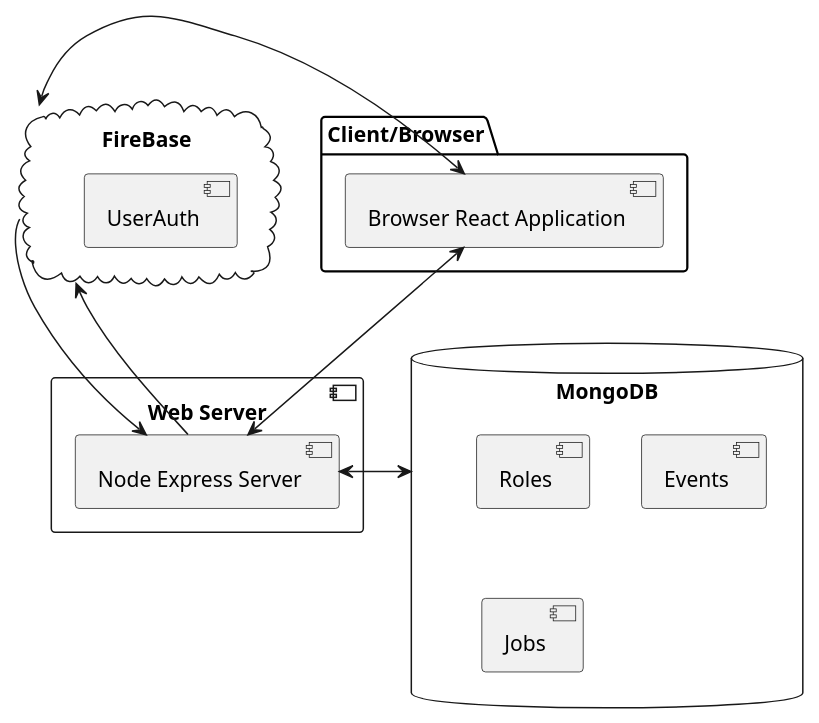
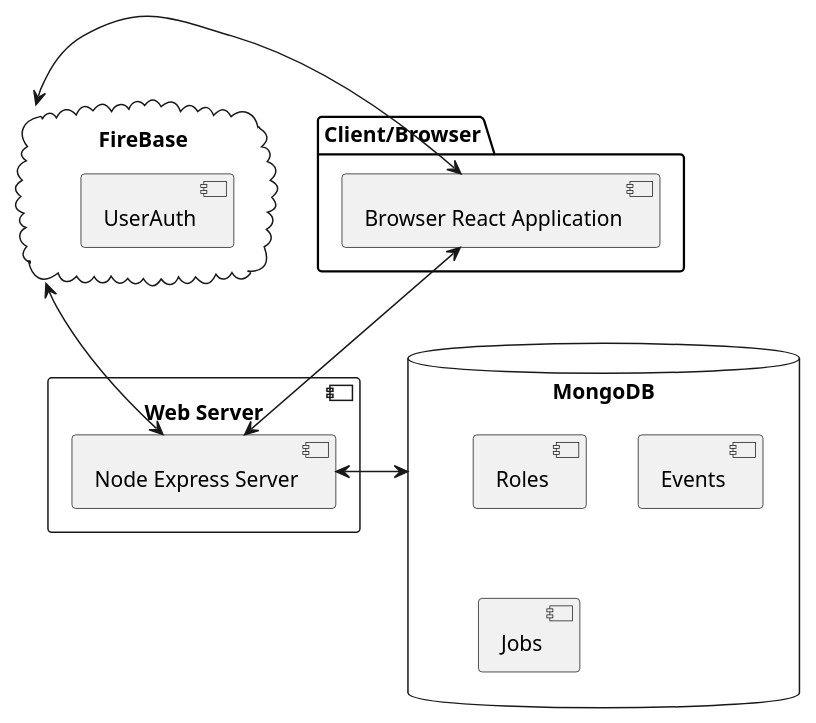
One commit to csegsa/official-portal changed the diagram in documentation/Design.puml. Above: the diagram before and after it, drawn with PlantUML. The commit also changed 7 other files, not shown here.

```diff
--- a/documentation/Design.puml
+++ b/documentation/Design.puml
@@ -1,38 +1,36 @@
 @startuml
 'https://plantuml.com/component-diagram
 
 
 package "Client/Browser" {
 
   [Browser React Application] as client
 }
 
 'node "Other Groups" {
 '  FTP - [Second Component]
 '  [First Component] --> FTP
 '}
 
 component "Web Server" {
   [Node Express Server] as server
 }
 
 cloud [FireBase] as firebase{
 
   [UserAuth] as auth
 }
 
 database "MongoDB" as db{
   [Roles] as mongo
   [Events] as events
   [Jobs] as jobs
 }
 
 
 client <--> server
 firebase <-> client
 db <-> server
-
-server -> firebase
-firebase --> server
+firebase <-> server
 
 @enduml
```
